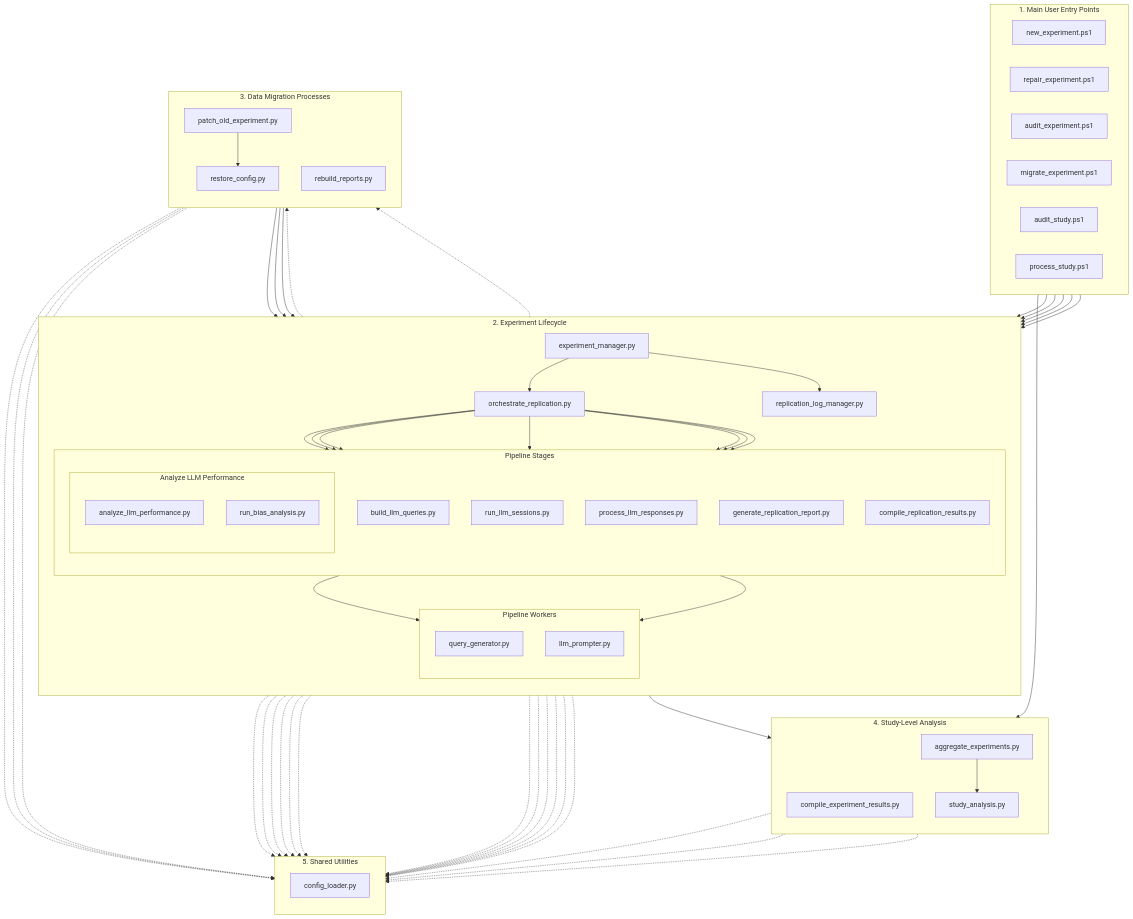
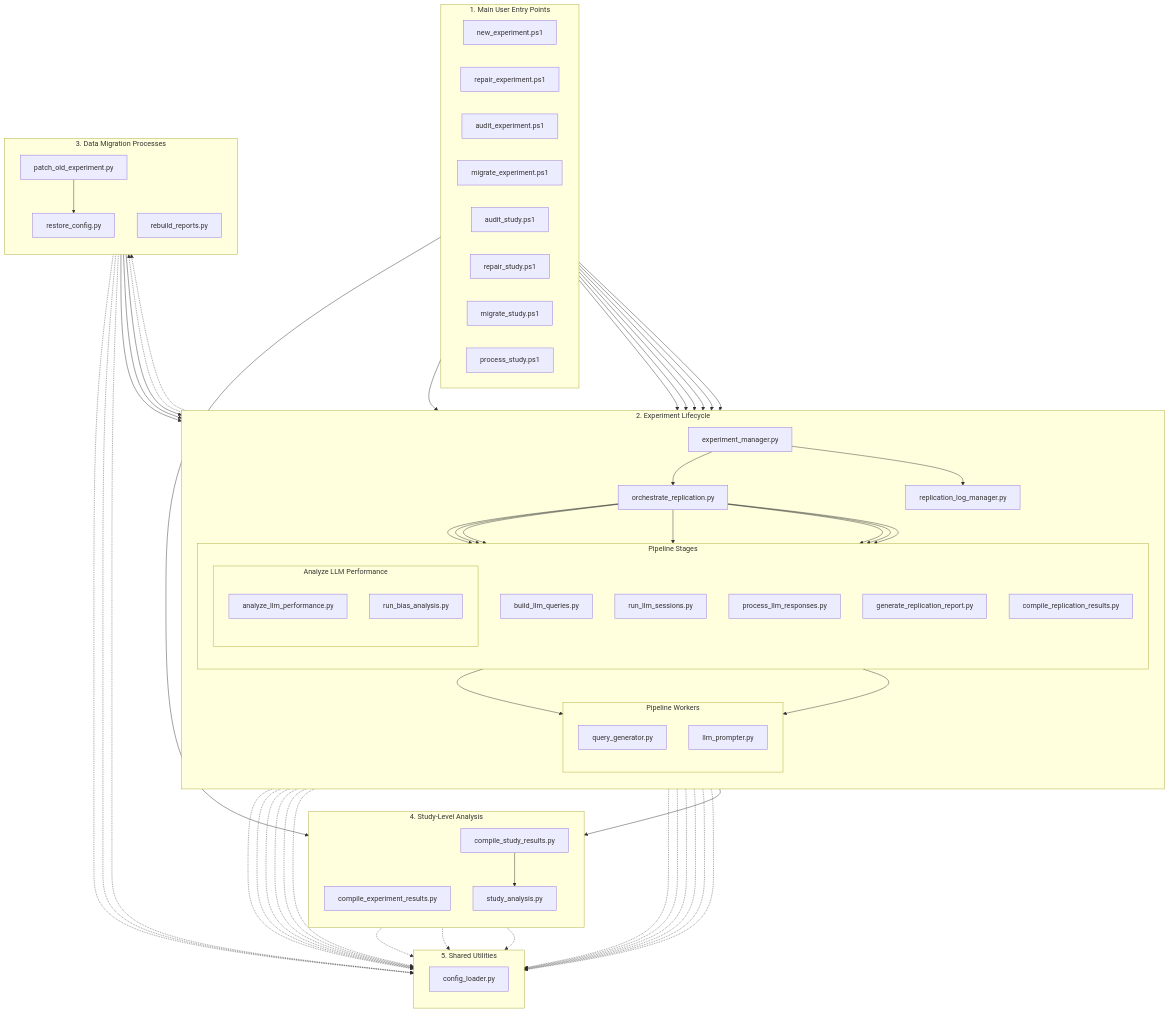
Before and after one commit to peterjmarko/llm-narrative-framework: the diagram in docs/diagrams/view_codebase.mmd, drawn with Mermaid. The commit also changed 14 other files, not shown here.

```diff
--- a/docs/diagrams/view_codebase.mmd
+++ b/docs/diagrams/view_codebase.mmd
@@ -1,110 +1,114 @@
 graph TD
     subgraph "1. Main User Entry Points"
         direction LR
         new_experiment_ps1["new_experiment.ps1"]
         repair_experiment_ps1["repair_experiment.ps1"]
         audit_experiment_ps1["audit_experiment.ps1"]
         migrate_experiment_ps1["migrate_experiment.ps1"]
         audit_study_ps1["audit_study.ps1"]
+        repair_study_ps1["repair_study.ps1"]
+        migrate_study_ps1["migrate_study.ps1"]
         process_study_ps1["process_study.ps1"]
     end
 
     subgraph "2. Experiment Lifecycle"
         direction TB
         exp_manager["experiment_manager.py"]
         orchestrator["orchestrate_replication.py"]
         
         subgraph "Pipeline Stages"
             direction TB
             build_queries["build_llm_queries.py"]
             run_sessions["run_llm_sessions.py"]
             process_responses["process_llm_responses.py"]
             subgraph "Analyze LLM Performance"
                 direction TB
                 analyze_performance["analyze_llm_performance.py"]
                 run_bias["run_bias_analysis.py"]
             end
             generate_report["generate_replication_report.py"]
             compile_replication["compile_replication_results.py"]
         end
         
         subgraph "Pipeline Workers"
             direction TB
             query_generator["query_generator.py"]
             llm_prompter["llm_prompter.py"]
         end
 
         log_manager["replication_log_manager.py"]
     end
 
     subgraph "3. Data Migration Processes"
         direction TB
         patch_old["patch_old_experiment.py"]
         restore_config["restore_config.py"]
         rebuild_reports["rebuild_reports.py"]
     end
 
     subgraph "4. Study-Level Analysis"
         direction TB
         compile_experiment["compile_experiment_results.py"]
-        agg_exps["aggregate_experiments.py"]
+        compile_study_results_py["compile_study_results.py"]
         study_analysis["study_analysis.py"]
     end
 
     subgraph "5. Shared Utilities"
         direction TB
         config_loader["config_loader.py"]
     end
     
     %% --- Main Workflow Connections ---
     new_experiment_ps1 --> exp_manager
     repair_experiment_ps1 --> exp_manager
     audit_experiment_ps1 --> exp_manager
     audit_study_ps1 --> exp_manager
     migrate_experiment_ps1 --> exp_manager
-    process_study_ps1 --> agg_exps
+    repair_study_ps1 --> exp_manager
+    migrate_study_ps1 --> exp_manager
+    process_study_ps1 --> compile_study_results_py
 
     exp_manager --> orchestrator
     exp_manager --> compile_experiment
     exp_manager --> log_manager
     exp_manager -.-> patch_old
     exp_manager -.-> rebuild_reports
 
     orchestrator --> build_queries
     orchestrator --> run_sessions
     orchestrator --> process_responses
     orchestrator --> analyze_performance
     orchestrator --> run_bias
     orchestrator --> generate_report
     orchestrator --> compile_replication
 
     build_queries --> query_generator
     run_sessions --> llm_prompter
 
-    agg_exps --> study_analysis
+    compile_study_results_py --> study_analysis
 
     %% --- Migration Workflow Connections ---
     patch_old --> restore_config
     rebuild_reports --> process_responses
     rebuild_reports --> analyze_performance
     rebuild_reports --> run_bias
 
     %% --- Import Connections (Dotted Lines) ---
     exp_manager         -.-> config_loader
     orchestrator        -.-> config_loader
     build_queries       -.-> config_loader
     run_sessions        -.-> config_loader
     process_responses   -.-> config_loader
     analyze_performance -.-> config_loader
     run_bias            -.-> config_loader
     query_generator     -.-> config_loader
     llm_prompter        -.-> config_loader
     patch_old           -.-> config_loader
     restore_config      -.-> config_loader
     rebuild_reports     -.-> config_loader
-    agg_exps            -.-> config_loader
+    compile_study_results_py -.-> config_loader
     study_analysis      -.-> config_loader
     log_manager         -.-> config_loader
     generate_report     -.-> config_loader
     compile_replication -.-> config_loader
     compile_experiment  -.-> config_loader
```
